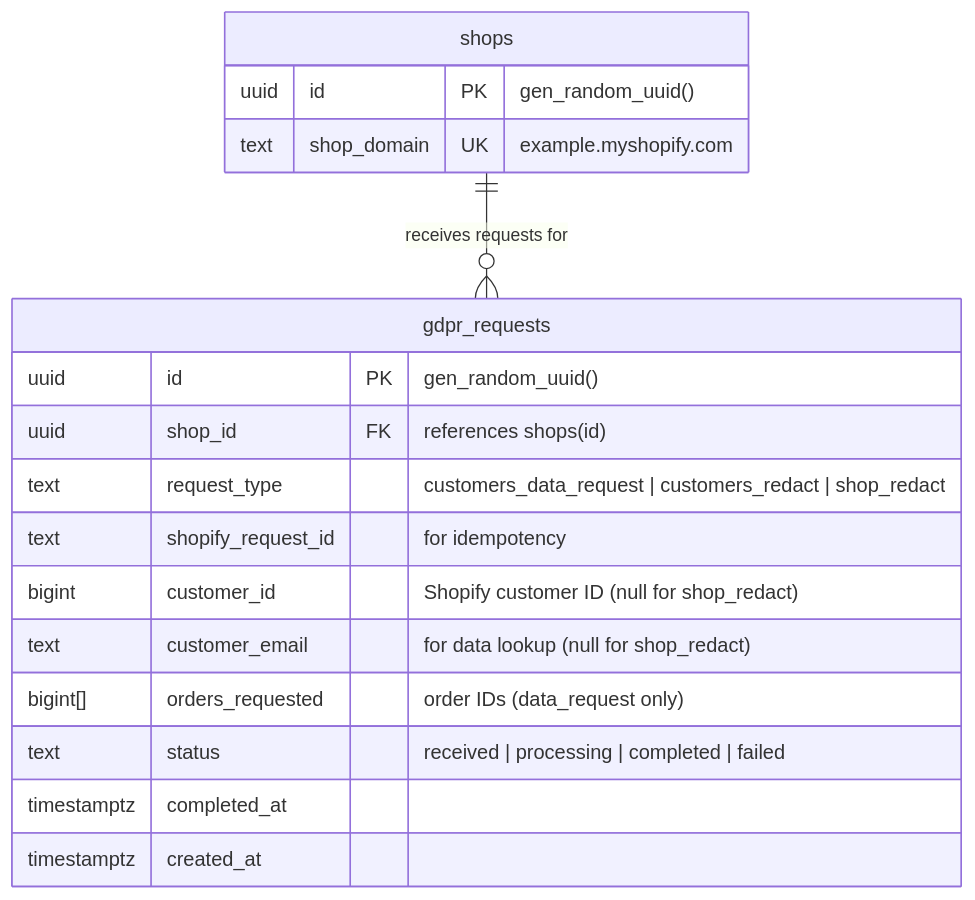
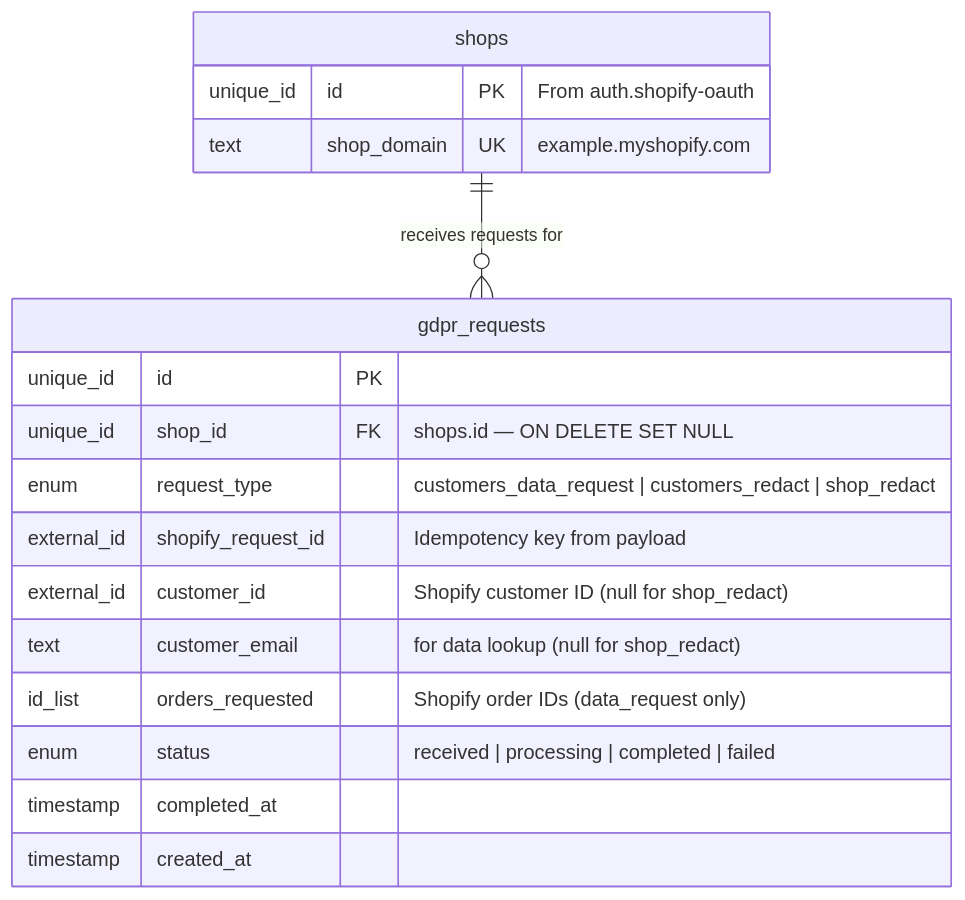
The first of 5 diagrams in compliance/shopify-gdpr/README.md (nguyenvanduocit/primitive-blocks-specs), drawn with Mermaid before and after one commit. The commit also changed other lines of this file and 7 other files, not shown here.

````diff
--- a/compliance/shopify-gdpr/README.md
+++ b/compliance/shopify-gdpr/README.md
@@ -53,22 +55,22 @@
 ```mermaid
 erDiagram
     shops {
-        uuid id PK "gen_random_uuid()"
+        unique_id id PK "From auth.shopify-oauth"
         text shop_domain UK "example.myshopify.com"
     }
 
     gdpr_requests {
-        uuid id PK "gen_random_uuid()"
-        uuid shop_id FK "references shops(id)"
-        text request_type "customers_data_request | customers_redact | shop_redact"
-        text shopify_request_id "for idempotency"
-        bigint customer_id "Shopify customer ID (null for shop_redact)"
+        unique_id id PK
+        unique_id shop_id FK "shops.id — ON DELETE SET NULL"
+        enum request_type "customers_data_request | customers_redact | shop_redact"
+        external_id shopify_request_id "Idempotency key from payload"
+        external_id customer_id "Shopify customer ID (null for shop_redact)"
         text customer_email "for data lookup (null for shop_redact)"
-        bigint[] orders_requested "order IDs (data_request only)"
-        text status "received | processing | completed | failed"
-        timestamptz completed_at
-        timestamptz created_at
+        id_list orders_requested "Shopify order IDs (data_request only)"
+        enum status "received | processing | completed | failed"
+        timestamp completed_at
+        timestamp created_at
     }
 
     shops ||--o{ gdpr_requests : "receives requests for"
 ```
````
